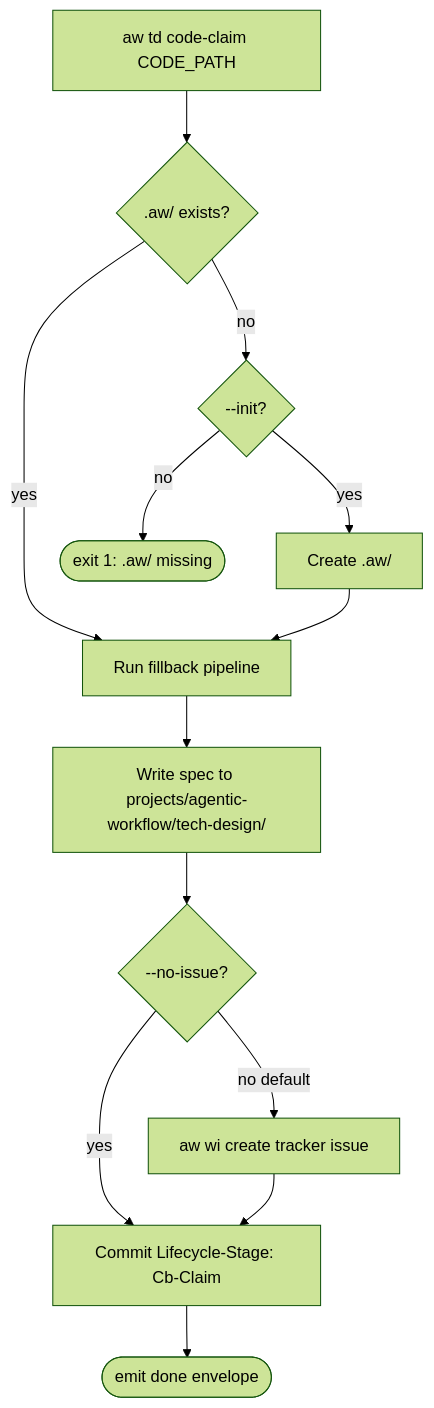
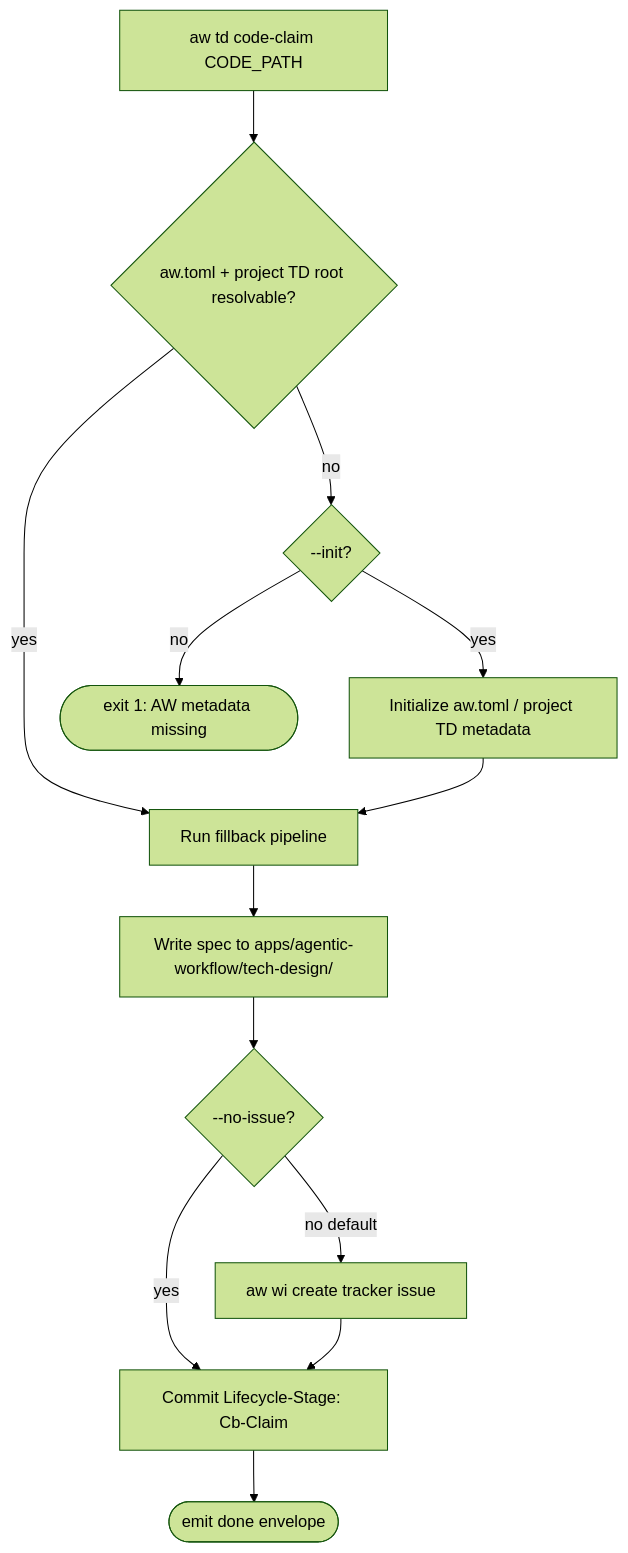
One commit to chrischeng-c4/axiom changed the diagram in .claude/skills/aw-cb-claim/SKILL.md. Above: the diagram before and after it, drawn with Mermaid (forest theme). The commit also changed other lines of this file and 11047 other files, not shown here.

First line of the commit message:
refactor(aw): retire repo-root workflow state

````diff
--- a/.claude/skills/aw-cb-claim/SKILL.md
+++ b/.claude/skills/aw-cb-claim/SKILL.md
@@ -33,15 +33,15 @@
 ```mermaid
 flowchart TB
-    Start[aw td code-claim CODE_PATH] --> AW{.aw/ exists?}
+    Start[aw td code-claim CODE_PATH] --> AW{aw.toml + project TD root resolvable?}
     AW -- no --> Init{--init?}
-    Init -- yes --> CreateAw[Create .aw/]
-    Init -- no --> Err1([exit 1: .aw/ missing])
+    Init -- yes --> CreateAw[Initialize aw.toml / project TD metadata]
+    Init -- no --> Err1([exit 1: AW metadata missing])
     AW -- yes --> Fill
     CreateAw --> Fill[Run fillback pipeline]
-    Fill --> Spec[Write spec to projects/agentic-workflow/tech-design/]
+    Fill --> Spec[Write spec to apps/agentic-workflow/tech-design/]
     Spec --> Issue{--no-issue?}
     Issue -- no default --> CreateIssue[aw wi create tracker issue]
     Issue -- yes --> Trail
     CreateIssue --> Trail[Commit Lifecycle-Stage: Cb-Claim]
     Trail --> Done([emit done envelope])
 ```
````
